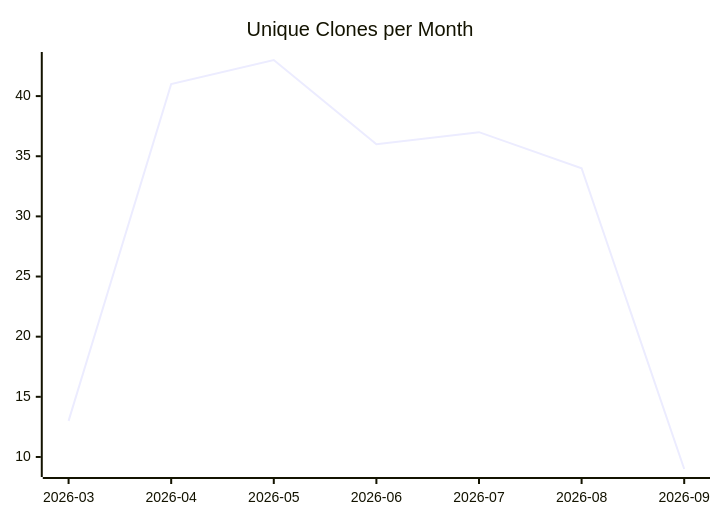
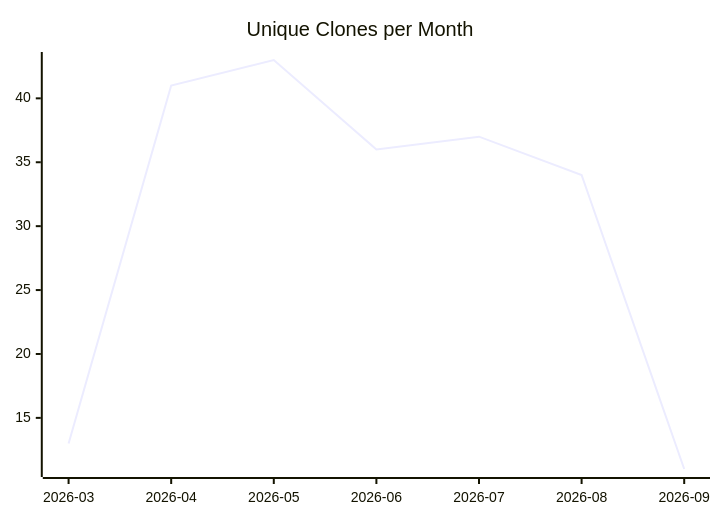
The third of 3 diagrams in karlmdavis/usgs-water-api-java/README.md (justdavis-family/github-analytics-data), drawn with Mermaid before and after one commit. The commit also changed other lines of this file and 192 other files, not shown here.

````diff
--- a/karlmdavis/usgs-water-api-java/README.md
+++ b/karlmdavis/usgs-water-api-java/README.md
@@ -19,6 +19,6 @@
 ```mermaid
 xychart-beta
   title "Unique Clones per Month"
   x-axis ["2026-03", "2026-04", "2026-05", "2026-06", "2026-07", "2026-08", "2026-09"]
-  line [13, 41, 43, 36, 37, 34, 9]
+  line [13, 41, 43, 36, 37, 34, 11]
 ```
````
